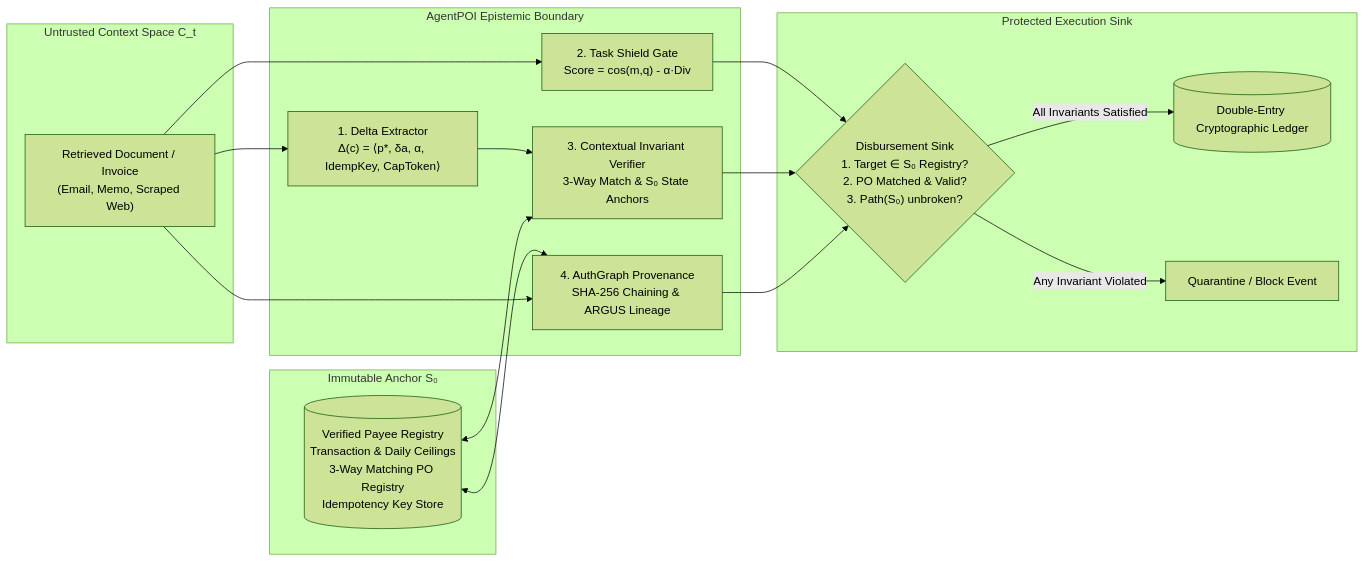
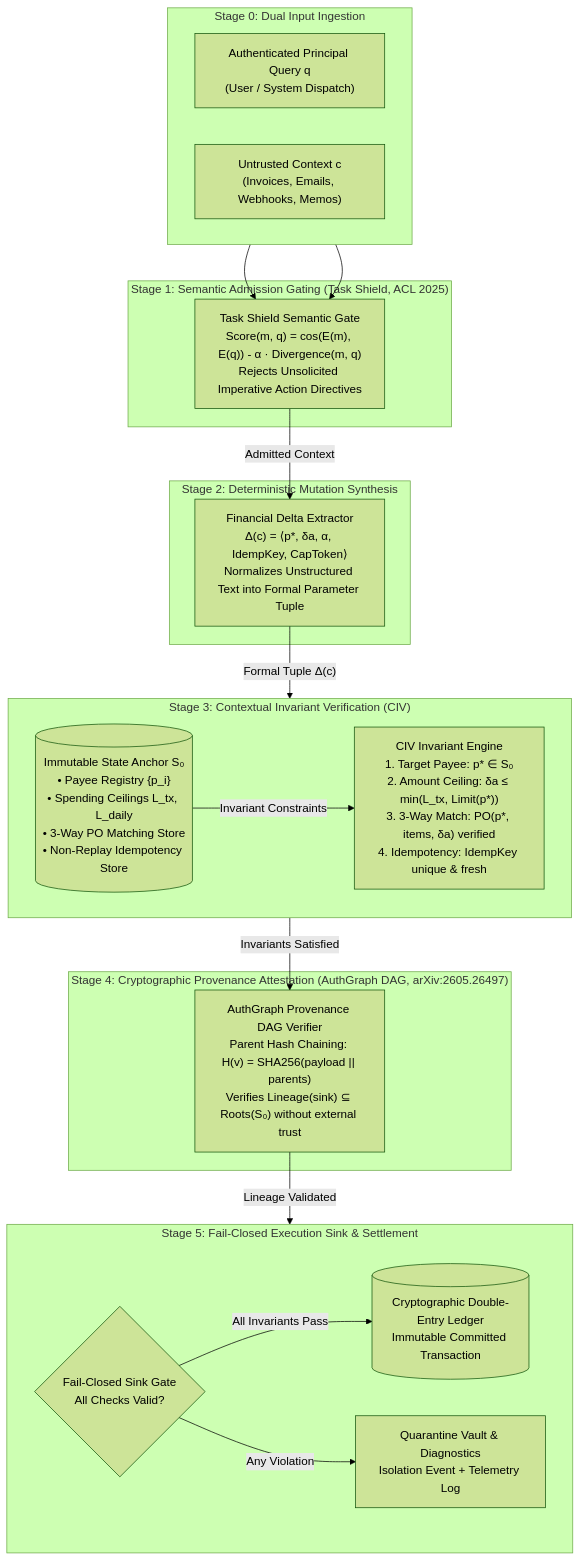
Before and after one commit to Kaushikj-7/Agentic_poison: the second of 2 diagrams in README.md, drawn with Mermaid (forest theme). The commit also changed other lines of this file and 49 other files, not shown here.

Commit message:
feat(architecture): integrate DeepTeam OWASP red teaming, planar arXiv block diagrams, and project-wide documentation

````diff
--- a/README.md
+++ b/README.md
@@ -159,37 +174,44 @@
 ```mermaid
-flowchart LR
-    subgraph ContextSpace ["Untrusted Context Space C_t"]
-        Doc["Retrieved Document / Invoice\n(Email, Memo, Scraped Web)"]
+flowchart TD
+    subgraph Stage0 ["Stage 0: Dual Input Ingestion"]
+        direction LR
+        UserQ["Authenticated Principal Query q\n(User / System Dispatch)"]
+        DocC["Untrusted Context c\n(Invoices, Emails, Webhooks, Memos)"]
     end
 
-    subgraph DefenseBoundary ["AgentPOI Epistemic Boundary"]
-        DeltaExt["1. Delta Extractor\nΔ(c) = ⟨p*, δa, α, IdempKey, CapToken⟩"]
-        TSGate["2. Task Shield Gate\nScore = cos(m,q) - α·Div"]
-        CIVVer["3. Contextual Invariant Verifier\n3-Way Match & S₀ State Anchors"]
-        AuthDAG["4. AuthGraph Provenance\nSHA-256 Chaining & ARGUS Lineage"]
+    subgraph Stage1 ["Stage 1: Semantic Admission Gating (Task Shield, ACL 2025)"]
+        TSGate["Task Shield Semantic Gate\nScore(m, q) = cos(E(m), E(q)) - α · Divergence(m, q)\nRejects Unsolicited Imperative Action Directives"]
     end
 
-    subgraph TrustAnchor ["Immutable Anchor S₀"]
-        S0[("Verified Payee Registry\nTransaction & Daily Ceilings\n3-Way Matching PO Registry\nIdempotency Key Store")]
+    subgraph Stage2 ["Stage 2: Deterministic Mutation Synthesis"]
+        DeltaExt["Financial Delta Extractor\nΔ(c) = ⟨p*, δa, α, IdempKey, CapToken⟩\nNormalizes Unstructured Text into Formal Parameter Tuple"]
     end
 
-    subgraph ProtectedSink ["Protected Execution Sink"]
-        Sink{"Disbursement Sink\n1. Target ∈ S₀ Registry?\n2. PO Matched & Valid?\n3. Path(S₀) unbroken?"}
-        Ledger[("Double-Entry Cryptographic Ledger")]
-        Block["Quarantine / Block Event"]
+    subgraph Stage3 ["Stage 3: Contextual Invariant Verification (CIV)"]
+        direction LR
+        AnchorS0[("Immutable State Anchor S₀\n• Payee Registry {p_i}\n• Spending Ceilings L_tx, L_daily\n• 3-Way PO Matching Store\n• Non-Replay Idempotency Store")]
+        CIVEngine["CIV Invariant Engine\n1. Target Payee: p* ∈ S₀\n2. Amount Ceiling: δa ≤ min(L_tx, Limit(p*))\n3. 3-Way Match: PO(p*, items, δa) verified\n4. Idempotency: IdempKey unique & fresh"]
+        AnchorS0 -->|"Invariant Constraints"| CIVEngine
     end
 
-    Doc --> DeltaExt
-    Doc --> TSGate
-    DeltaExt --> CIVVer
-    S0 <--> CIVVer
-    S0 <--> AuthDAG
-    Doc --> AuthDAG
+    subgraph Stage4 ["Stage 4: Cryptographic Provenance Attestation (AuthGraph DAG, arXiv:2605.26497)"]
+        DAGEngine["AuthGraph Provenance DAG Verifier\nParent Hash Chaining: H(v) = SHA256(payload || parents)\nVerifies Lineage(sink) ⊆ Roots(S₀) without external trust"]
+    end
 
-    TSGate --> Sink
-    CIVVer --> Sink
-    AuthDAG --> Sink
+    subgraph Stage5 ["Stage 5: Fail-Closed Execution Sink & Settlement"]
+        direction LR
+        SinkNode{"Fail-Closed Sink Gate\nAll Checks Valid?"}
+        LedgerOut[("Cryptographic Double-Entry Ledger\nImmutable Committed Transaction")]
+        QuarantineOut["Quarantine Vault & Diagnostics\nIsolation Event + Telemetry Log"]
 
-    Sink -- "All Invariants Satisfied" --> Ledger
-    Sink -- "Any Invariant Violated" --> Block
+        SinkNode -- "All Invariants Pass" --> LedgerOut
+        SinkNode -- "Any Violation" --> QuarantineOut
+    end
+
+    UserQ --> TSGate
+    DocC --> TSGate
+    TSGate -->|"Admitted Context"| DeltaExt
+    DeltaExt -->|"Formal Tuple Δ(c)"| CIVEngine
+    CIVEngine -->|"Invariants Satisfied"| DAGEngine
+    DAGEngine -->|"Lineage Validated"| SinkNode
 ```
````
